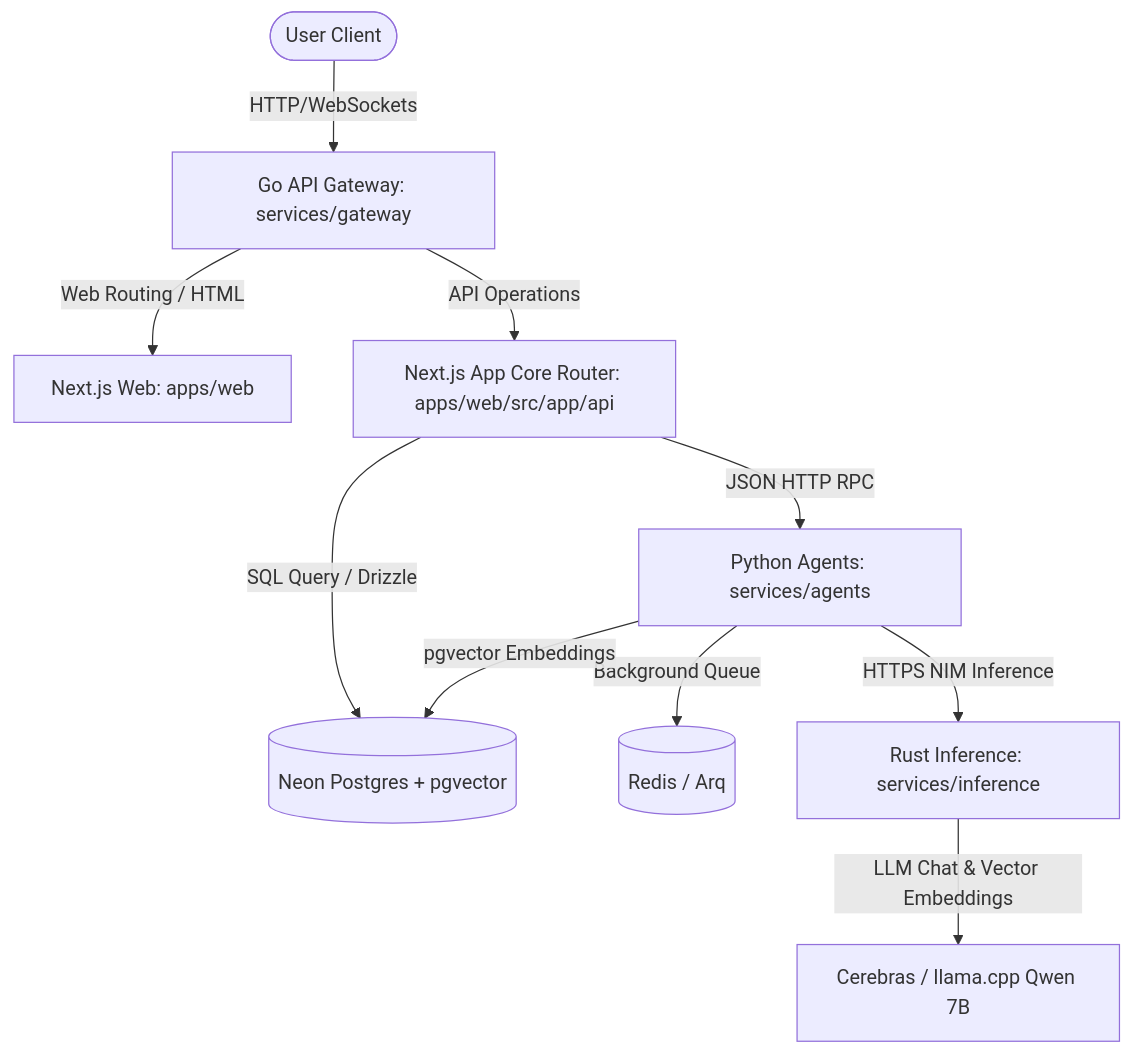
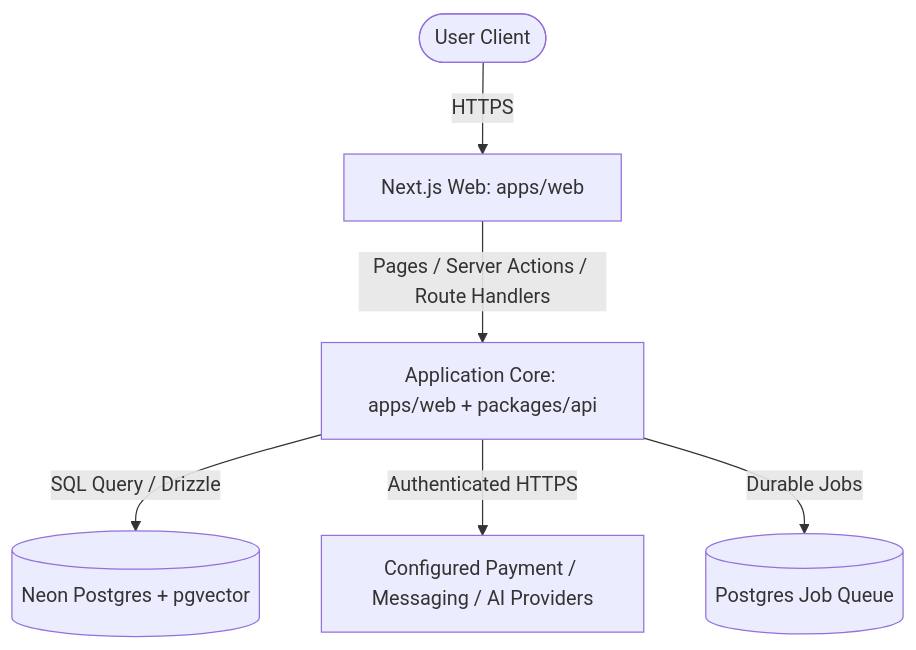
One commit to singhaditya21/school-sis changed the diagram in docs/specs/architecture.md. Above: the diagram before and after it, drawn with Mermaid. The commit also changed other lines of this file and 131 other files, not shown here.

````diff
--- a/docs/specs/architecture.md
+++ b/docs/specs/architecture.md
@@ -9,12 +9,8 @@
 ```mermaid
 graph TD
-    User([User Client]) -->|HTTP/WebSockets| GW[Go API Gateway: services/gateway]
-    GW -->|Web Routing / HTML| FE[Next.js Web: apps/web]
-    GW -->|API Operations| BE[Next.js App Core Router: apps/web/src/app/api]
+    User([User Client]) -->|HTTPS| FE[Next.js Web: apps/web]
+    FE -->|Pages / Server Actions / Route Handlers| BE[Application Core: apps/web + packages/api]
     BE -->|SQL Query / Drizzle| DB[(Neon Postgres + pgvector)]
-    BE -->|JSON HTTP RPC| AG[Python Agents: services/agents]
-    AG -->|Background Queue| RD[(Redis / Arq)]
-    AG -->|pgvector Embeddings| DB
-    AG -->|HTTPS NIM Inference| INF[Rust Inference: services/inference]
-    INF -->|LLM Chat & Vector Embeddings| LLM[Cerebras / llama.cpp Qwen 7B]
+    BE -->|Authenticated HTTPS| Providers[Configured Payment / Messaging / AI Providers]
+    BE -->|Durable Jobs| Queue[(Postgres Job Queue)]
 ```
````
